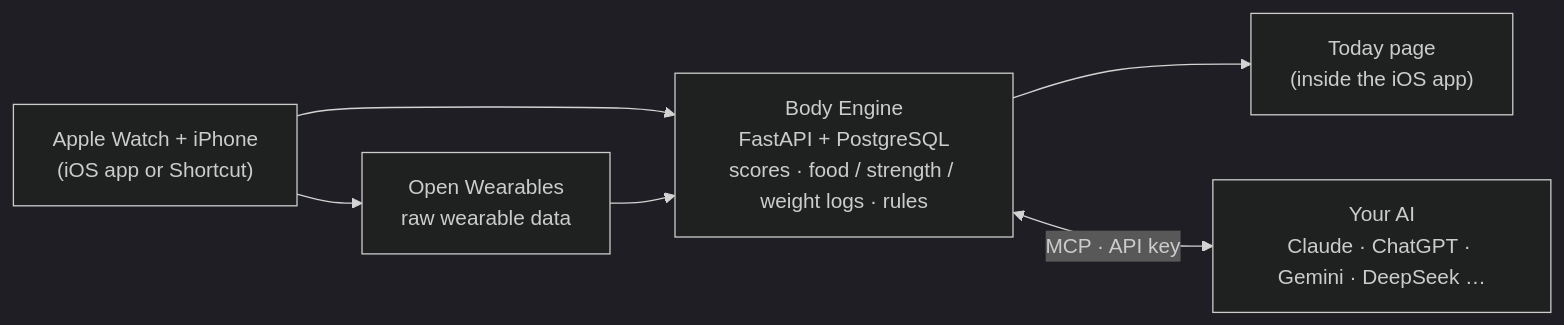
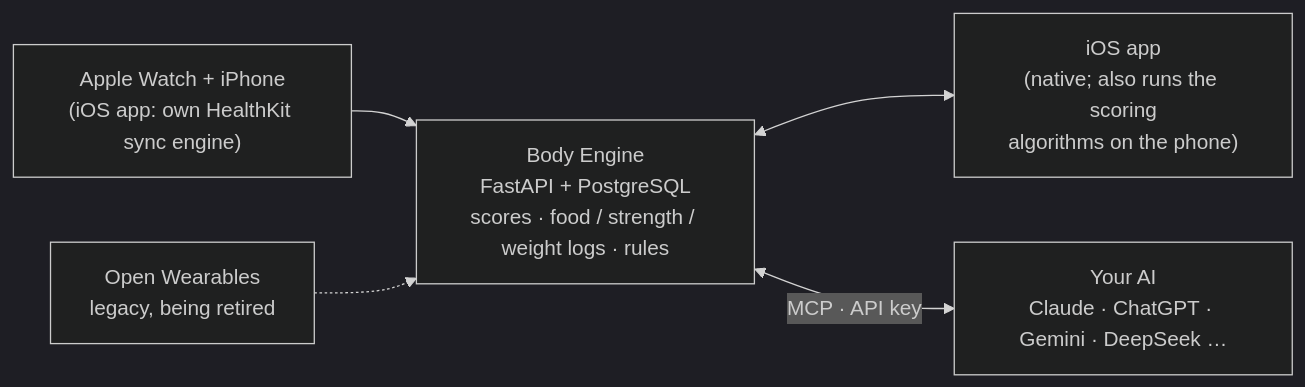
Before and after one commit to SongyuQi-Francisco/Watch2Whoop: the diagram in README.md, drawn with Mermaid (dark theme). The commit also changed other lines of this file and 15 other files, not shown here.

````diff
--- a/README.md
+++ b/README.md
@@ -110,8 +111,7 @@
 ```mermaid
 flowchart LR
-  W["Apple Watch + iPhone<br/>(iOS app or Shortcut)"] --> OW["Open Wearables<br/>raw wearable data"]
-  W --> BE
-  OW --> BE["Body Engine<br/>FastAPI + PostgreSQL<br/>scores · food / strength / weight logs · rules"]
-  BE --> T["Today page<br/>(inside the iOS app)"]
+  W["Apple Watch + iPhone<br/>(iOS app: own HealthKit sync engine)"] --> BE["Body Engine<br/>FastAPI + PostgreSQL<br/>scores · food / strength / weight logs · rules"]
+  OW["Open Wearables<br/>legacy, being retired"] -.-> BE
+  BE <--> APP["iOS app<br/>(native; also runs the scoring<br/>algorithms on the phone)"]
   BE <-->|"MCP · API key"| AI["Your AI<br/>Claude · ChatGPT · Gemini · DeepSeek …"]
 ```
````
